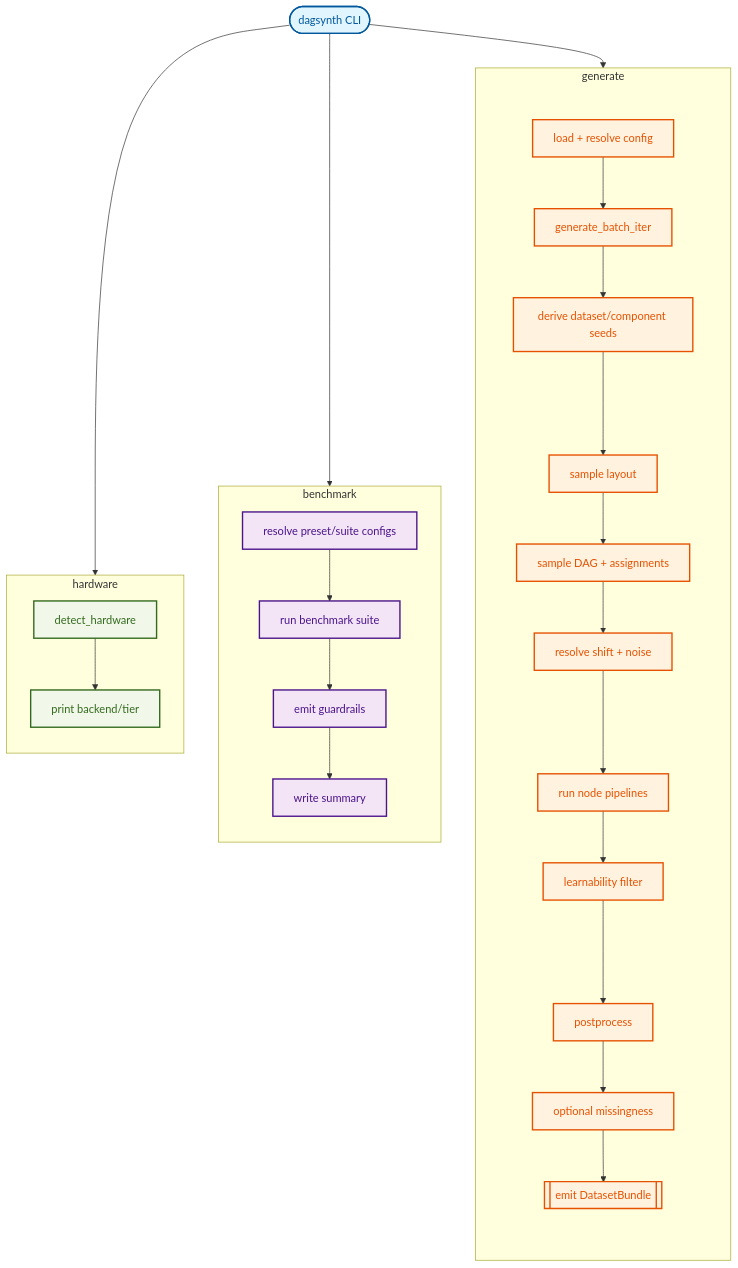
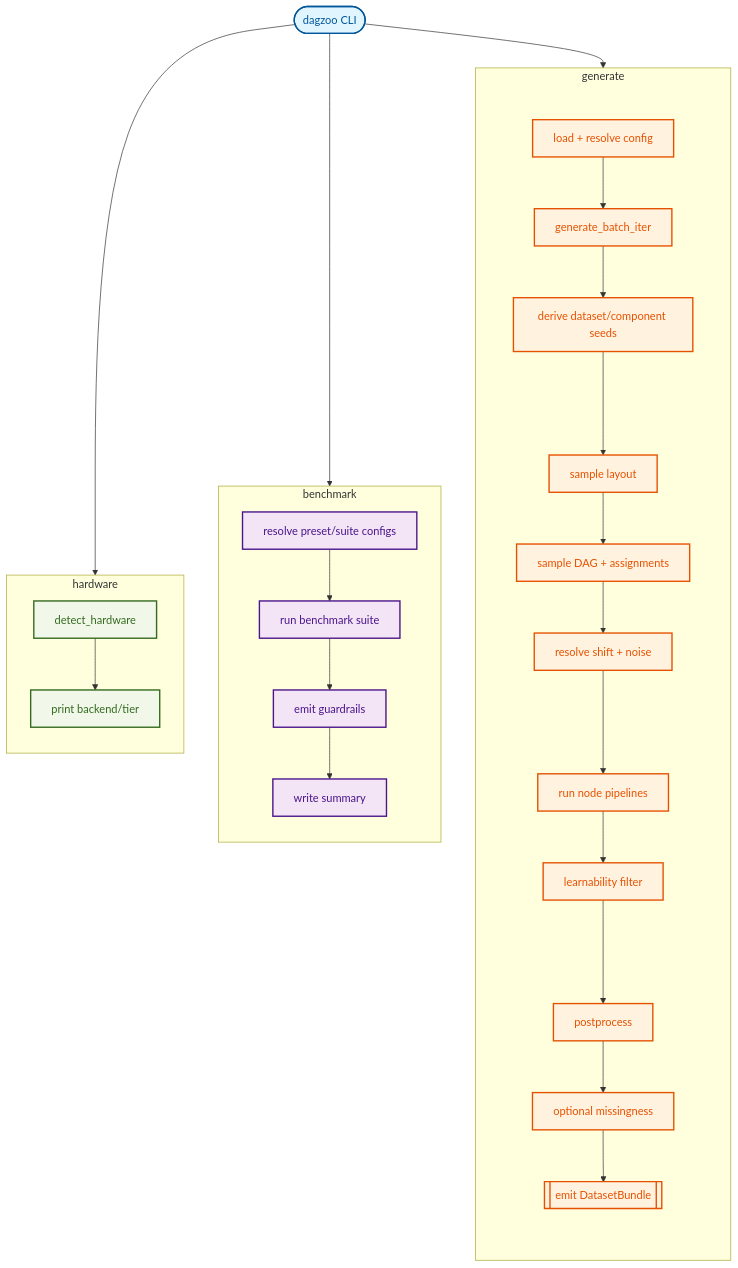
Before and after one commit to bensonlee5/dagzoo: the second of 3 diagrams in docs/how-it-works.md, drawn with Mermaid. The commit also changed other lines of this file and 170 other files, not shown here.

First line of the commit message:
Rename dagsynth → dagzoo

````diff
--- a/docs/how-it-works.md
+++ b/docs/how-it-works.md
@@ -157,59 +157,59 @@
 ```mermaid
 flowchart TB
     %% Class Definitions
     classDef cli fill:#e1f5fe,stroke:#01579b,stroke-width:2px,color:#01579b
     classDef gen fill:#fff3e0,stroke:#e65100,stroke-width:2px,color:#e65100
     classDef bench fill:#f3e5f5,stroke:#4a148c,stroke-width:2px,color:#4a148c
     classDef hw fill:#f1f8e9,stroke:#33691e,stroke-width:2px,color:#33691e
 
-    CLI(["dagsynth CLI"])
+    CLI(["dagzoo CLI"])
 
     CLI --> GenCfg
     CLI --> BenchCfg
     CLI --> Detect
 
     subgraph GeneratePath [generate]
         direction TB
         subgraph Setup [" "]
             GenCfg[load + resolve config] --> Loop[generate_batch_iter]
             Loop --> Seed[derive dataset/component seeds]
         end
         subgraph Sampling [" "]
             Seed --> Layout[sample layout]
             Layout --> DAG[sample DAG + assignments]
             DAG --> Resolve[resolve shift + noise]
         end
         subgraph Execution [" "]
             Resolve --> Exec[run node pipelines]
             Exec --> Filter[learnability filter]
         end
         subgraph Emission [" "]
             Filter --> Post[postprocess]
             Post --> Missing[optional missingness]
             Missing --> Bundle[[emit DatasetBundle]]
         end
     end
 
     subgraph BenchmarkPath [benchmark]
         direction TB
         BenchCfg[resolve preset/suite configs] --> Runs[run benchmark suite]
         Runs --> Guards[emit guardrails]
         Guards --> Reports[write summary]
     end
 
     subgraph HardwarePath [hardware]
         direction TB
         Detect[detect_hardware] --> Print[print backend/tier]
     end
 
     %% Assign Classes
     class CLI cli
     class GenCfg,Loop,Seed,Layout,DAG,Resolve,Exec,Filter,Post,Missing,Bundle gen
     class BenchCfg,Runs,Guards,Reports bench
     class Detect,Print hw
 
     style Setup fill:transparent,stroke:none
     style Sampling fill:transparent,stroke:none
     style Execution fill:transparent,stroke:none
     style Emission fill:transparent,stroke:none
 ```
````
